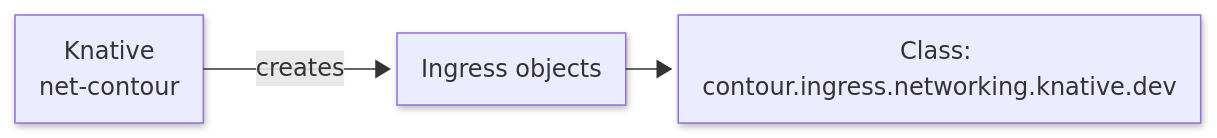
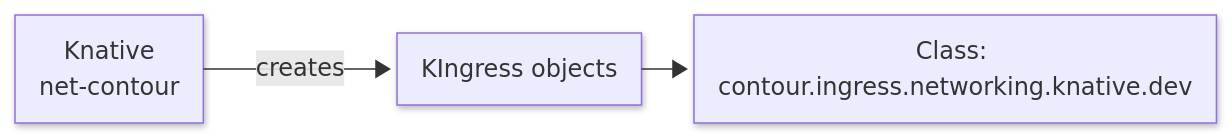
The second of 5 diagrams in docs/versioned/serving/config-network-adapters.md (knative/docs), drawn with Mermaid before and after one commit. The commit also changed other lines of this file and 2 other files, not shown here.

````diff
--- a/docs/versioned/serving/config-network-adapters.md
+++ b/docs/versioned/serving/config-network-adapters.md
@@ -56,11 +42,11 @@
     ```mermaid
     ---
     config:
       theme: default
       layout: elk
       look: neo
     ---
     flowchart LR
-    C1["Knative<br>net-contour"] -- creates --> C2["Ingress&nbsp;objects"]
+    C1["Knative<br>net-contour"] -- creates --> C2["KIngress&nbsp;objects"]
     C2 --> C3["Class: contour.ingress.networking.knative.dev"]
     ```
````
